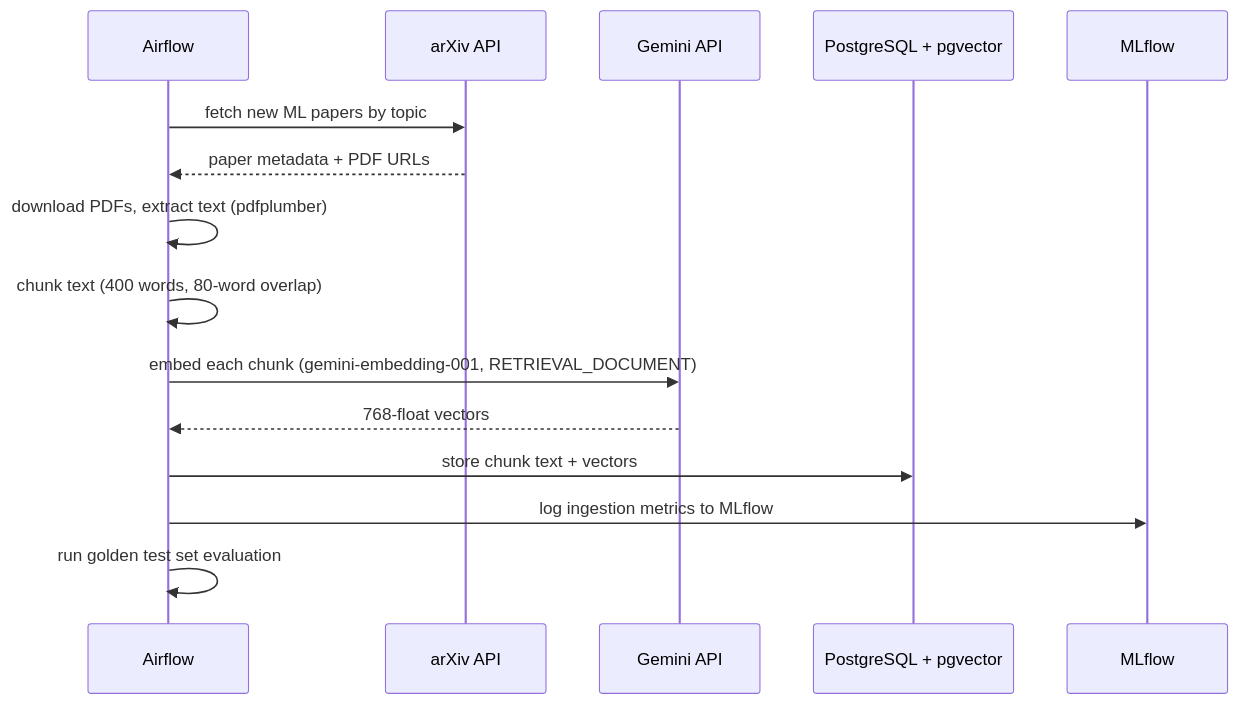
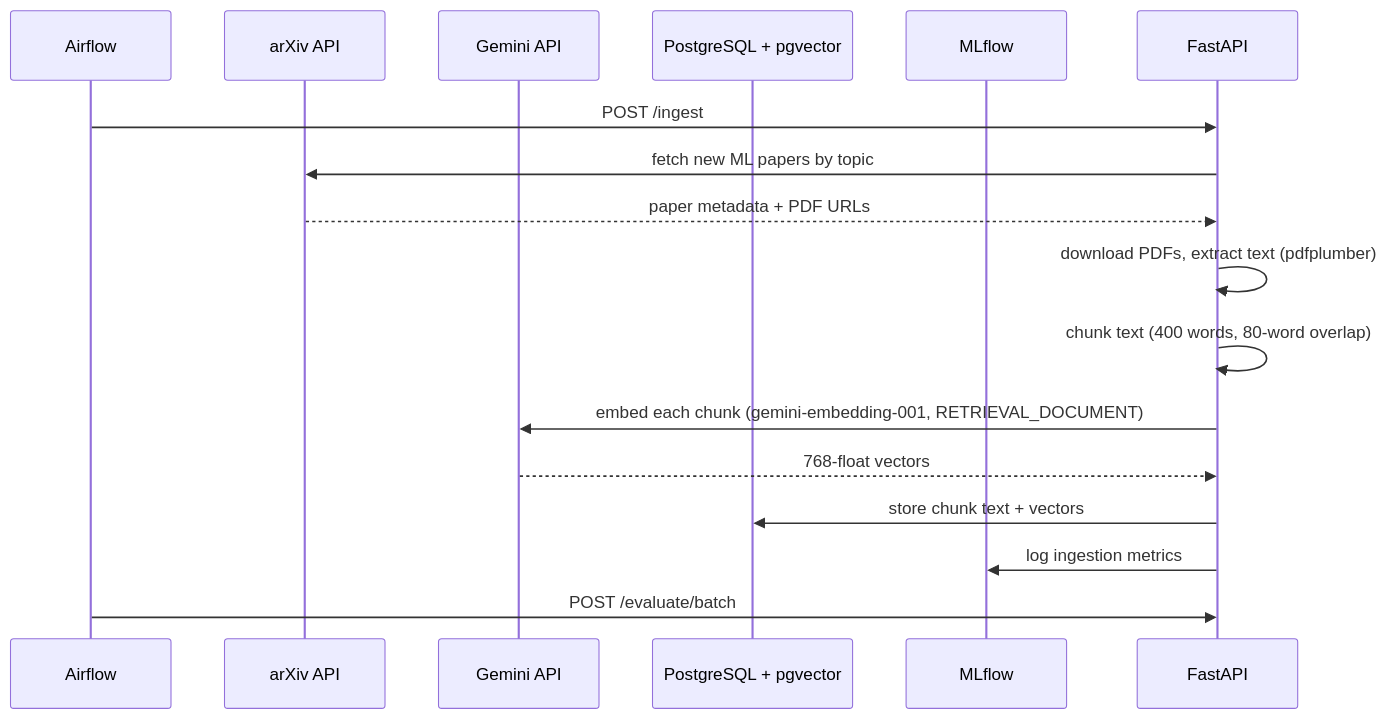
Before and after one commit to dingzehu/arxiv-rag: the second of 3 diagrams in README.md, drawn with Mermaid. The commit also changed other lines of this file, not shown here.

Commit message:
README update

````diff
--- a/README.md
+++ b/README.md
@@ -50,18 +49,20 @@
 ```mermaid
 sequenceDiagram
     participant A as Airflow
     participant X as arXiv API
     participant G as Gemini API
     participant P as PostgreSQL + pgvector
     participant M as MLflow
+    participant F as FastAPI
 
-    A->>X: fetch new ML papers by topic
-    X-->>A: paper metadata + PDF URLs
-    A->>A: download PDFs, extract text (pdfplumber)
-    A->>A: chunk text (400 words, 80-word overlap)
-    A->>G: embed each chunk (gemini-embedding-001, RETRIEVAL_DOCUMENT)
-    G-->>A: 768-float vectors
-    A->>P: store chunk text + vectors
-    A->>M: log ingestion metrics to MLflow
-    A->>A: run golden test set evaluation
+    A->>F: POST /ingest
+    F->>X: fetch new ML papers by topic
+    X-->>F: paper metadata + PDF URLs
+    F->>F: download PDFs, extract text (pdfplumber)
+    F->>F: chunk text (400 words, 80-word overlap)
+    F->>G: embed each chunk (gemini-embedding-001, RETRIEVAL_DOCUMENT)
+    G-->>F: 768-float vectors
+    F->>P: store chunk text + vectors
+    F->>M: log ingestion metrics
+    A->>F: POST /evaluate/batch
 ```
````
